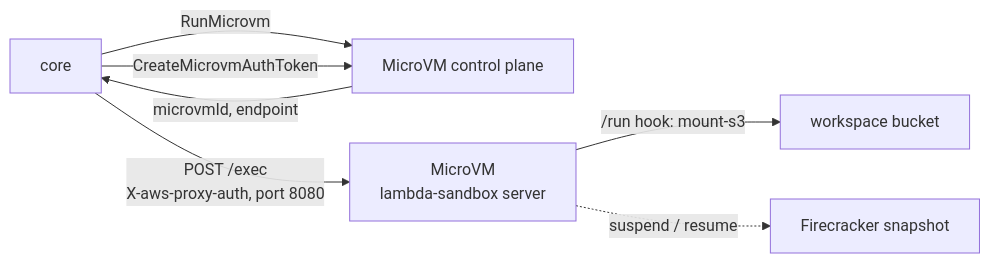
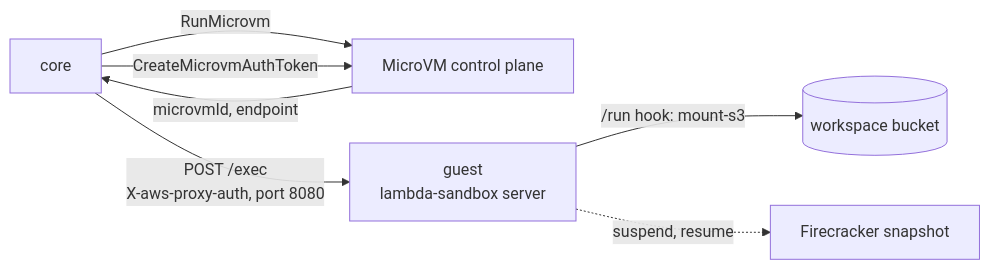
One commit to beeblastco/broods changed diagram 12 of 21 in apps/docs/docs/internals/sandboxes.md. Above: the diagram before and after it, drawn with Mermaid. The commit also changed other lines of this file and 22 other files, not shown here.

First line of the commit message:
docs: fold the Cloudflare pages into their sections, rewrite internals diagram-first (#1010)

````diff
--- a/apps/docs/docs/internals/sandboxes.md
+++ b/apps/docs/docs/internals/sandboxes.md
@@ -70,9 +328,9 @@
 ```mermaid
 flowchart LR
   Core["core"] -->|"RunMicrovm"| CP["MicroVM control plane"]
   CP -->|"microvmId, endpoint"| Core
   Core -->|"CreateMicrovmAuthToken"| CP
-  Core -->|"POST /exec<br/>X-aws-proxy-auth, port 8080"| VM["MicroVM<br/>lambda-sandbox server"]
-  VM -->|"/run hook: mount-s3"| S3["workspace bucket"]
-  VM -.->|"suspend / resume"| Snap["Firecracker snapshot"]
+  Core -->|"POST /exec<br/>X-aws-proxy-auth, port 8080"| VM["guest<br/>lambda-sandbox server"]
+  VM -->|"/run hook: mount-s3"| S3[("workspace bucket")]
+  VM -.->|"suspend, resume"| Snap["Firecracker snapshot"]
 ```
````
